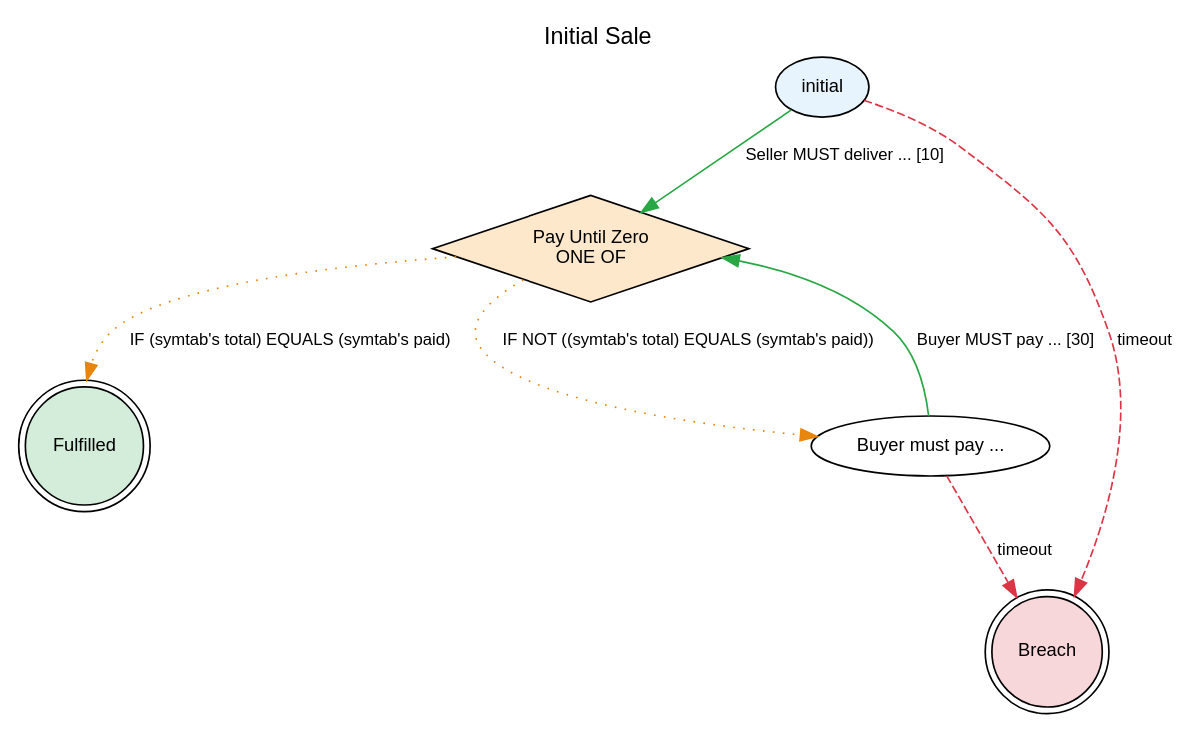
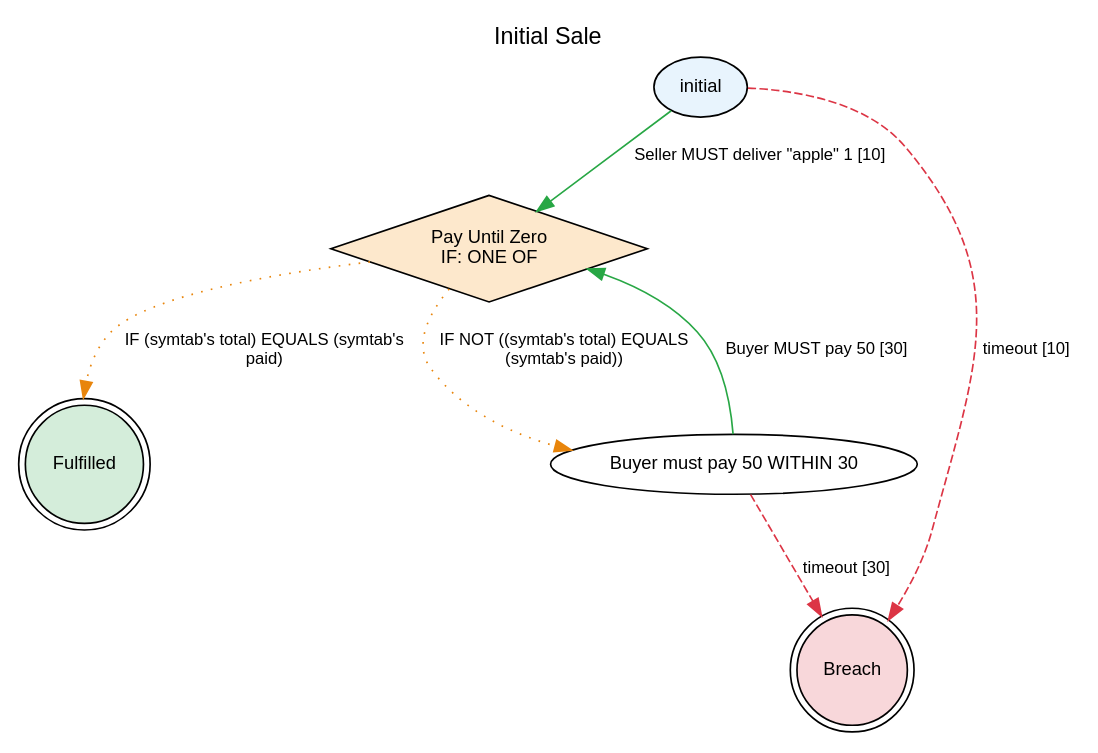
Before and after one commit to legalese/l4-ide: the diagram in jl4/examples/state-graphs/InitialSale.dot, drawn with Graphviz. The commit also changed 93 other files, not shown here.

```diff
--- a/jl4/examples/state-graphs/InitialSale.dot
+++ b/jl4/examples/state-graphs/InitialSale.dot
@@ -1,54 +1,54 @@
 digraph {
     graph [rankdir=TB
           ,label="Initial Sale"
           ,labelloc=t
           ,fontname=Helvetica
           ,fontsize=14];
     node [fontname=Helvetica
          ,fontsize=11];
     edge [fontname=Helvetica
          ,fontsize=10];
     0 [label=initial
       ,fillcolor=white
       ,style=filled
       ,shape=ellipse
       ,fillcolor="#e8f4fd"];
-    1 [label="Pay Until Zero\nONE OF"
+    1 [label="Pay Until Zero\nIF: ONE OF"
       ,fillcolor=white
       ,style=filled
       ,shape=diamond
       ,fillcolor="#fde8cc"];
     2 [label=Fulfilled
       ,fillcolor=white
       ,style=filled
       ,shape=doublecircle
       ,fillcolor="#d4edda"];
-    3 [label="Buyer must pay ..."
+    3 [label="Buyer must pay 50 WITHIN 30"
       ,fillcolor=white
       ,style=filled
       ,shape=ellipse
       ,fillcolor="#ffffff"];
     4 [label=Breach
       ,fillcolor=white
       ,style=filled
       ,shape=doublecircle
       ,fillcolor="#f8d7da"];
-    0 -> 1 [label="Seller MUST deliver ... [10]"
+    0 -> 1 [label="Seller MUST deliver \"apple\" 1 [10]"
            ,color="#28a745"
            ,style=solid];
-    0 -> 4 [label=timeout
+    0 -> 4 [label="timeout [10]"
            ,color="#dc3545"
            ,style=dashed];
-    1 -> 2 [label=" IF (symtab's total) EQUALS (symtab's paid)"
+    1 -> 2 [label="IF (symtab's total) EQUALS (symtab's\npaid)"
            ,color="#e8850c"
            ,style=dotted];
-    1 -> 3 [label=" IF NOT ((symtab's total) EQUALS (symtab's paid))"
+    1 -> 3 [label="IF NOT ((symtab's total) EQUALS\n(symtab's paid))"
            ,color="#e8850c"
            ,style=dotted];
-    3 -> 1 [label="Buyer MUST pay ... [30]"
+    3 -> 1 [label="Buyer MUST pay 50 [30]"
            ,color="#28a745"
            ,style=solid];
-    3 -> 4 [label=timeout
+    3 -> 4 [label="timeout [30]"
            ,color="#dc3545"
            ,style=dashed];
 }
```
